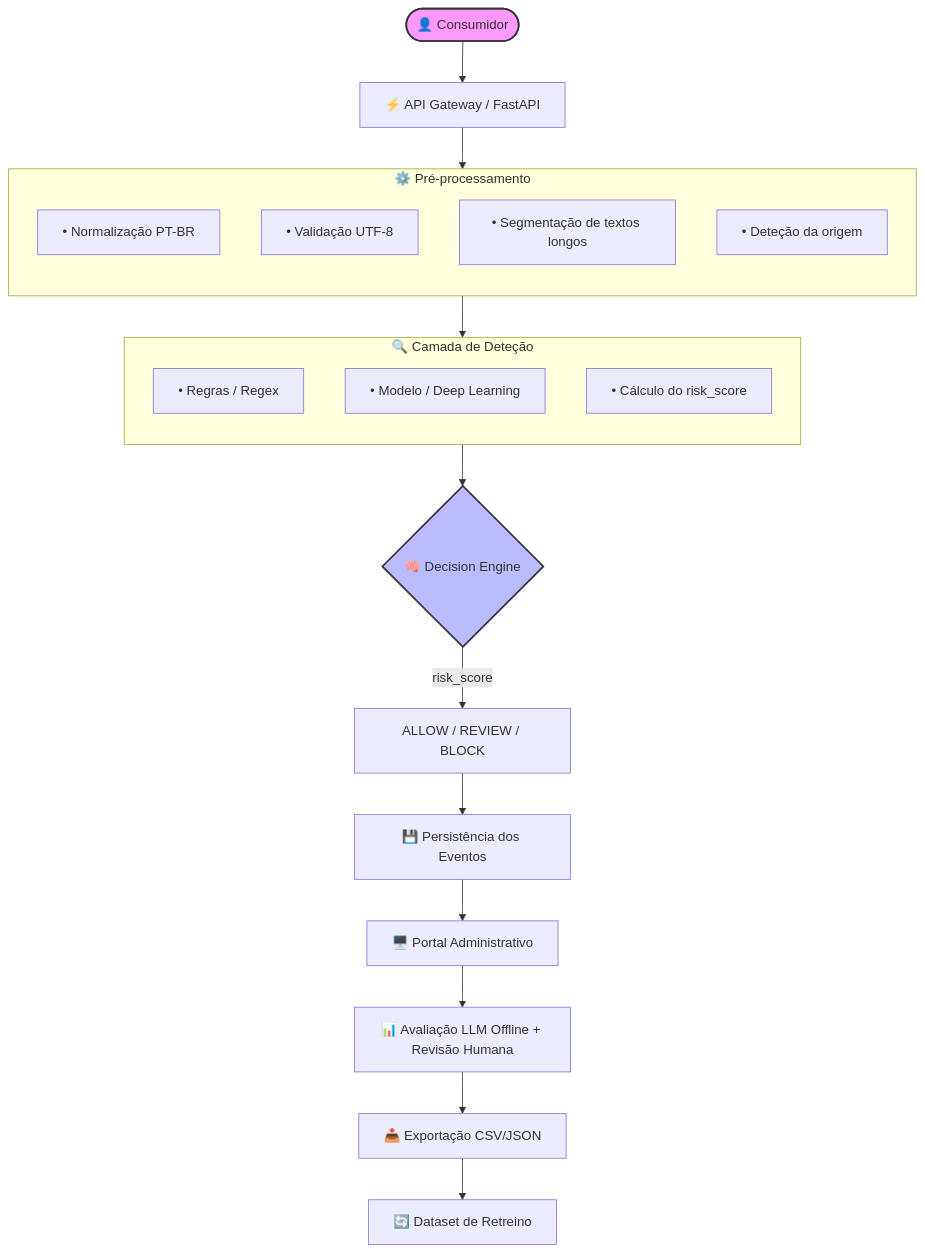
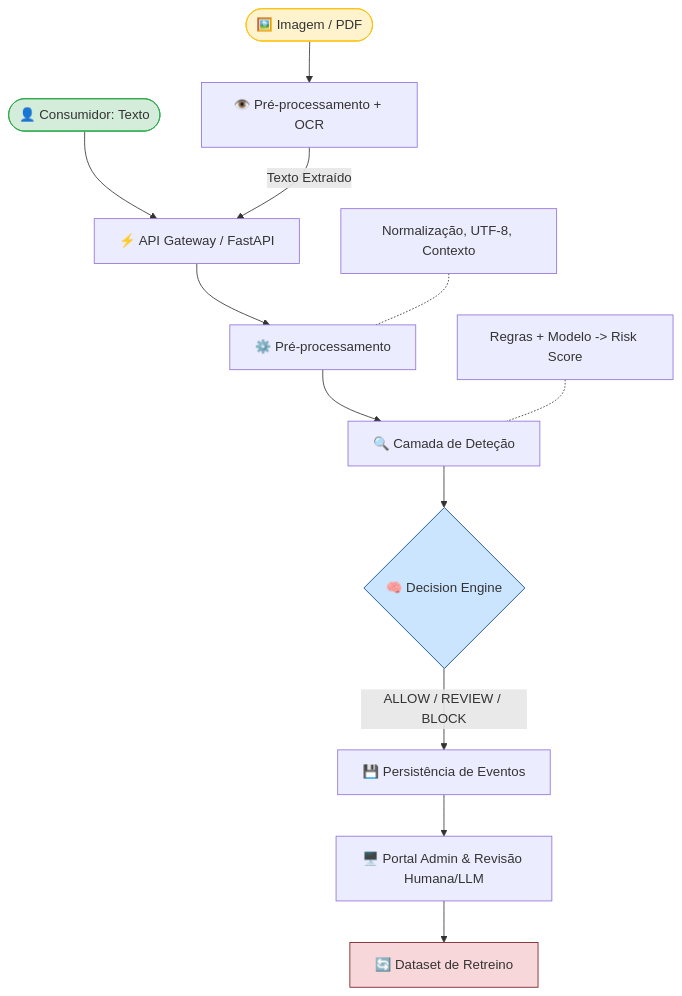
One commit to ppsj1983/INTELLYWAY_SPRINT_1 changed the diagram in README.md. Above: the diagram before and after it, drawn with Mermaid. The commit also changed other lines of this file, not shown here.

````diff
--- a/README.md
+++ b/README.md
@@ -142,39 +144,28 @@
 ```mermaid
 graph TD
-    %% Nós Principais
-    Consumidor([👤 Consumidor]) --> API[⚡ API Gateway / FastAPI]
-    
-    %% Pré-processamento
-    API --> PreProc[⚙️ Pré-processamento]
-    subgraph PreProc [⚙️ Pré-processamento]
-        direction TB
-        p1[• Normalização PT-BR]
-        p2[• Validação UTF-8]
-        p3[• Segmentação de textos longos]
-        p4[• Deteção da origem]
-    end
-    
-    %% Camada de Deteção
-    PreProc --> Detec[🔍 Camada de Deteção]
-    subgraph Detec [🔍 Camada de Deteção]
-        direction TB
-        d1[• Regras / Regex]
-        d2[• Modelo / Deep Learning]
-        d3[• Cálculo do risk_score]
-    end
-    
-    %% Tomada de Decisão
-    Detec --> Engine{🧠 Decision Engine}
-    Engine -->|risk_score| Action[ALLOW / REVIEW / BLOCK]
-    
-    %% Ciclo de Dados e Operação
-    Action --> Persist[💾 Persistência dos Eventos]
-    Persist --> Portal[🖥️ Portal Administrativo]
-    Portal --> Review[📊 Avaliação LLM Offline + Revisão Humana]
-    Review --> Export[📥 Exportação CSV/JSON]
-    Export --> Retrain[🔄 Dataset de Retreino]
-    
-    %% Estilização Básica (Opcional para contraste no GitHub)
-    style Consumidor fill:#f9f,stroke:#333,stroke-width:2px
-    style Engine fill:#bbf,stroke:#333,stroke-width:2px
+    %% Entradas
+    Txt([👤 Consumidor: Texto]) --> API[⚡ API Gateway / FastAPI]
+    Doc([🖼️ Imagem / PDF]) --> OCR[👁️ Pré-processamento + OCR]
+    OCR -->|Texto Extraído| API
+
+    %% Pipeline Interno
+    API --> Pre[⚙️ Pré-processamento]
+    note1[Normalização, UTF-8, Contexto] -.- Pre
+
+    Pre --> Det[🔍 Camada de Deteção]
+    note2[Regras + Modelo -> Risk Score] -.- Det
+
+    %% Decisão e Fluxo de Saída
+    Det --> Dec{🧠 Decision Engine}
+    Dec -->|ALLOW / REVIEW / BLOCK| Log[💾 Persistência de Eventos]
+
+    %% Ciclo de Retreino
+    Log --> Portal[🖥️ Portal Admin & Revisão Humana/LLM]
+    Portal --> Retrain[🔄 Dataset de Retreino]
+
+    %% Estilos para clareza visual
+    style Txt fill:#d4edda,stroke:#28a745
+    style Doc fill:#fff3cd,stroke:#ffc107
+    style Dec fill:#cce5ff,stroke:#004085
+    style Retrain fill:#f8d7da,stroke:#721c24
 ```
````
